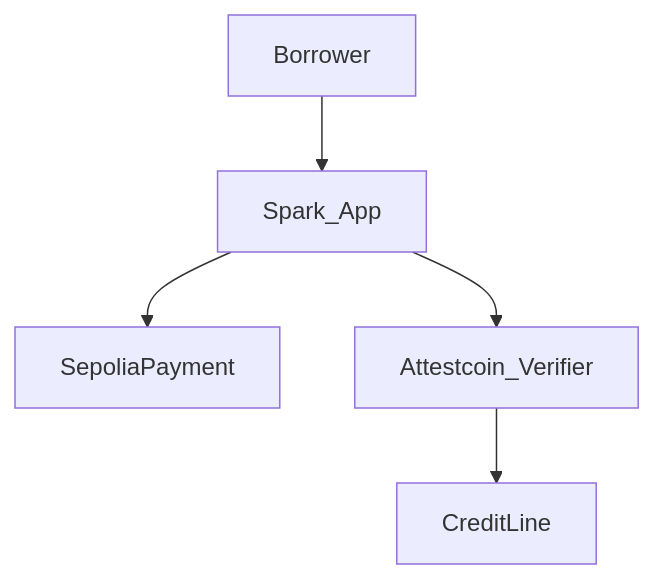
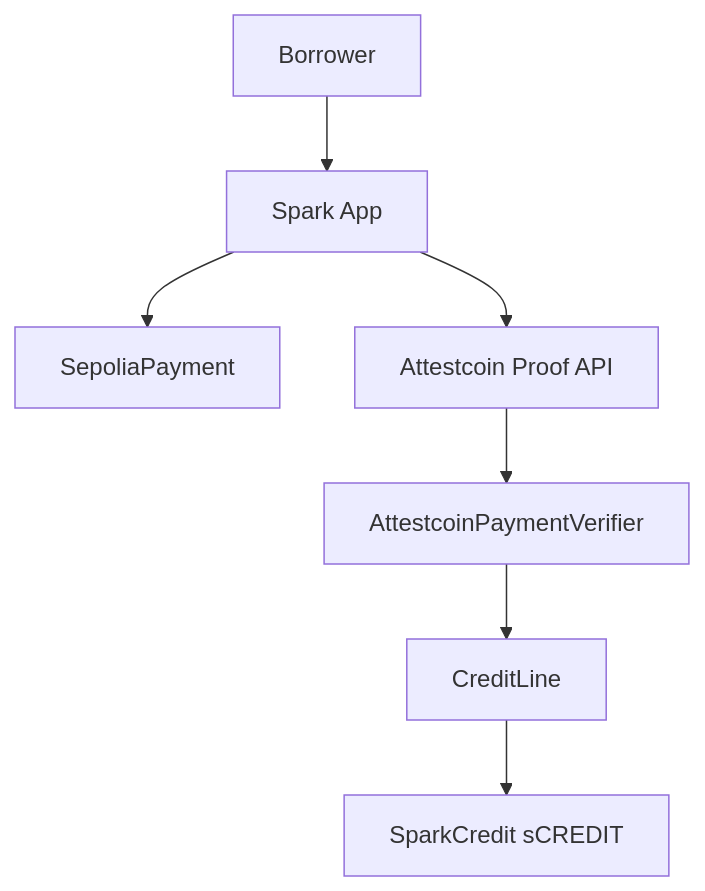
One commit to thesithunyein/spark changed the diagram in README.md. Above: the diagram before and after it, drawn with Mermaid. The commit also changed other lines of this file and 9 other files, not shown here.

````diff
--- a/README.md
+++ b/README.md
@@ -42,7 +54,9 @@
 ```mermaid
 flowchart TB
-  Retail[Borrower] --> UI[Spark_App]
-  UI --> Pay[SepoliaPayment]
-  UI --> Verifier[Attestcoin_Verifier]
+  User[Borrower] --> App[Spark App]
+  App --> Pay[SepoliaPayment]
+  App --> Prover[Attestcoin Proof API]
+  Prover --> Verifier[AttestcoinPaymentVerifier]
   Verifier --> Credit[CreditLine]
+  Credit --> Token[SparkCredit sCREDIT]
 ```
````
